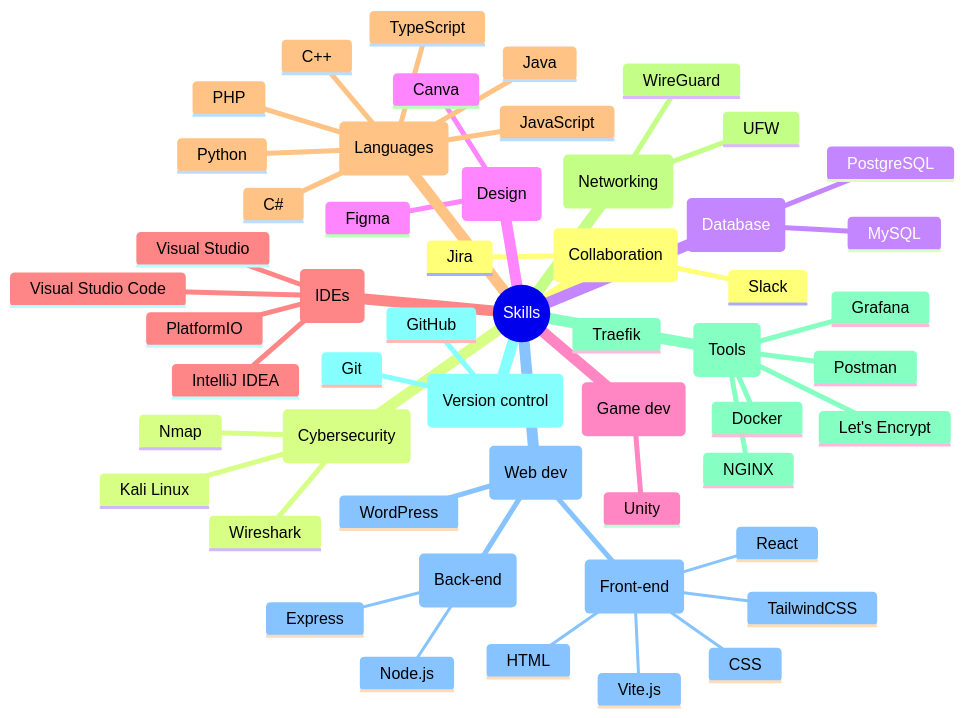
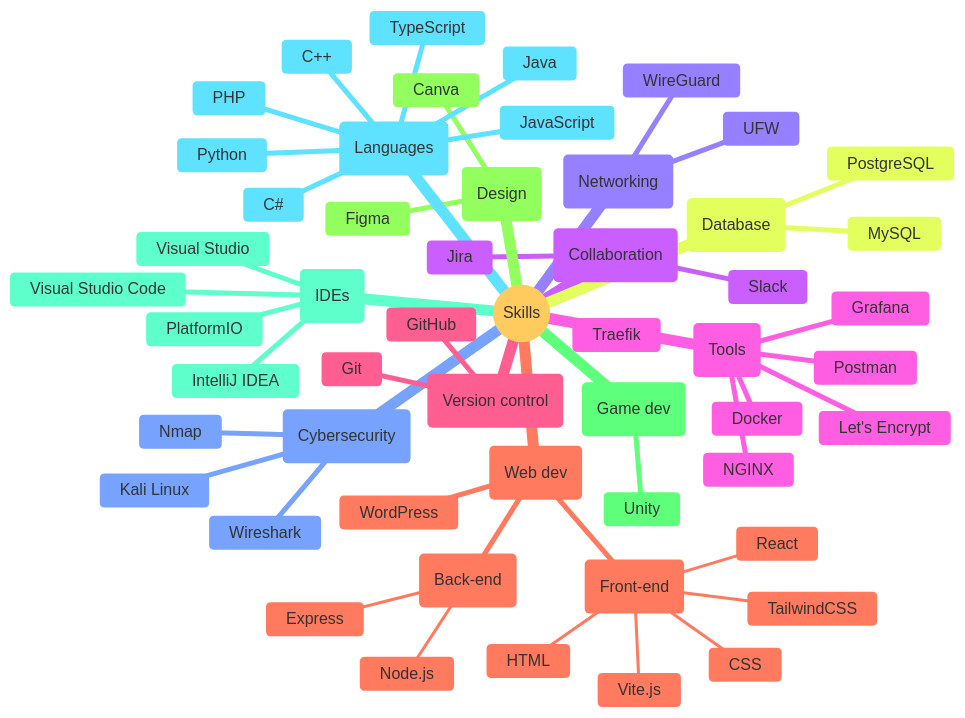
One commit to alexwauquier/alexwauquier changed the diagram in README.md. Above: the diagram before and after it, drawn with Mermaid.

````diff
--- a/README.md
+++ b/README.md
@@ -16,56 +16,60 @@
 ```mermaid
+---
+config:
+  theme: base
+---
 mindmap
   root((Skills))
     co(Collaboration)
       Jira
       Slack
     cy(Cybersecurity)
       Kali Linux
       Nmap
       Wireshark
     db(Database)
       MySQL
       PostgreSQL
     de(Design)
       Canva
       Figma
     gd(Game dev)
       Unity
     id(IDEs)
       IntelliJ IDEA
       PlatformIO
       Visual Studio
       Visual Studio Code
     la(Languages)
       C++
       C#
       Java
       JavaScript
       PHP
       Python
       TypeScript
     ne(Networking)
       UFW
       WireGuard
     to(Tools)
       Docker
       Grafana
       Let's Encrypt
       NGINX
       Postman
       Traefik
     vc(Version control)
       Git
       GitHub
     wd(Web dev)
       WordPress
       be(Back-end)
         Express
         Node.js
       fe(Front-end)
         CSS
         HTML
         React
         TailwindCSS
         Vite.js
 ```
````
